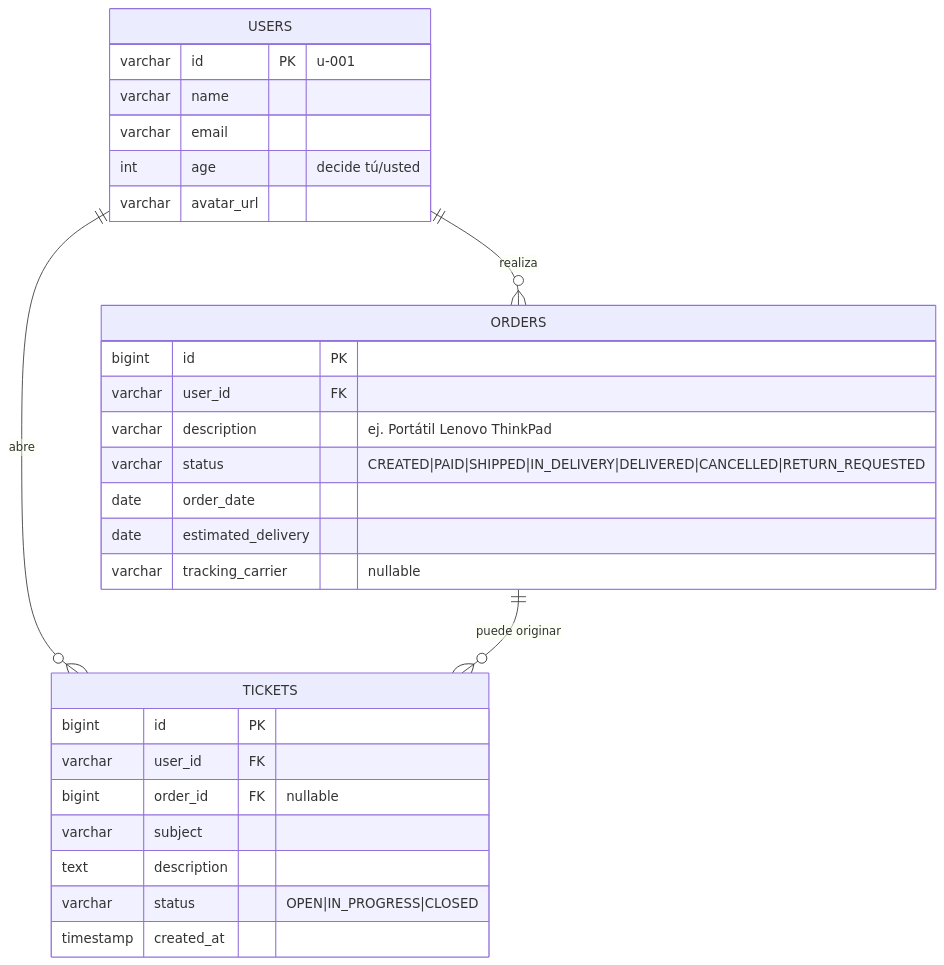
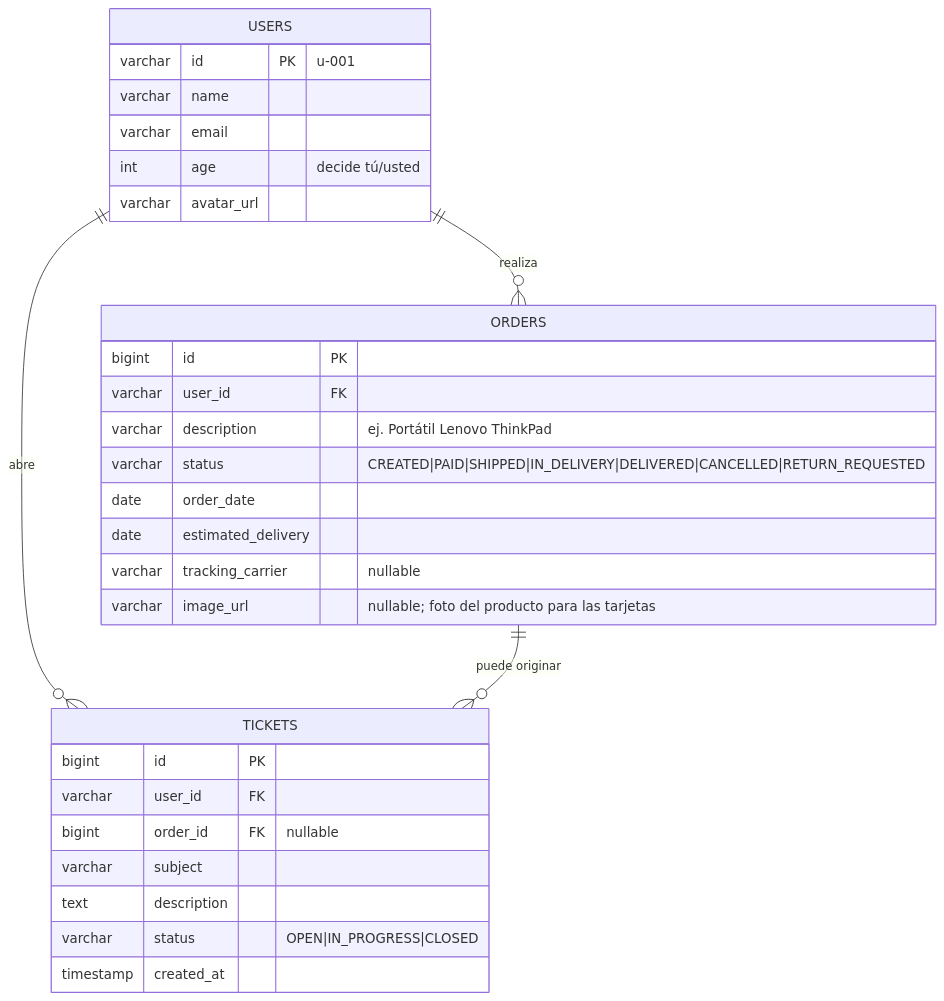
One commit to mikel0ne/ai-platform-portfolio changed the diagram in l1-copilot/docs/arquitectura/03-modelo-datos.md. Above: the diagram before and after it, drawn with Mermaid. The commit also changed other lines of this file and 19 other files, not shown here.

````diff
--- a/l1-copilot/docs/arquitectura/03-modelo-datos.md
+++ b/l1-copilot/docs/arquitectura/03-modelo-datos.md
@@ -5,32 +5,33 @@
 ```mermaid
 erDiagram
     USERS ||--o{ ORDERS : "realiza"
     USERS ||--o{ TICKETS : "abre"
     ORDERS ||--o{ TICKETS : "puede originar"
 
     USERS {
         varchar id PK "u-001"
         varchar name
         varchar email
         int age "decide tú/usted"
         varchar avatar_url
     }
     ORDERS {
         bigint id PK
         varchar user_id FK
         varchar description "ej. Portátil Lenovo ThinkPad"
         varchar status "CREATED|PAID|SHIPPED|IN_DELIVERY|DELIVERED|CANCELLED|RETURN_REQUESTED"
         date order_date
         date estimated_delivery
         varchar tracking_carrier "nullable"
+        varchar image_url "nullable; foto del producto para las tarjetas"
     }
     TICKETS {
         bigint id PK
         varchar user_id FK
         bigint order_id FK "nullable"
         varchar subject
         text description
         varchar status "OPEN|IN_PROGRESS|CLOSED"
         timestamp created_at
     }
 ```
````
